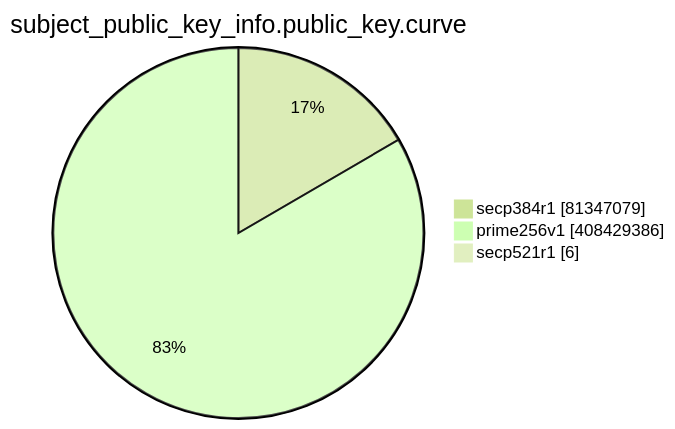
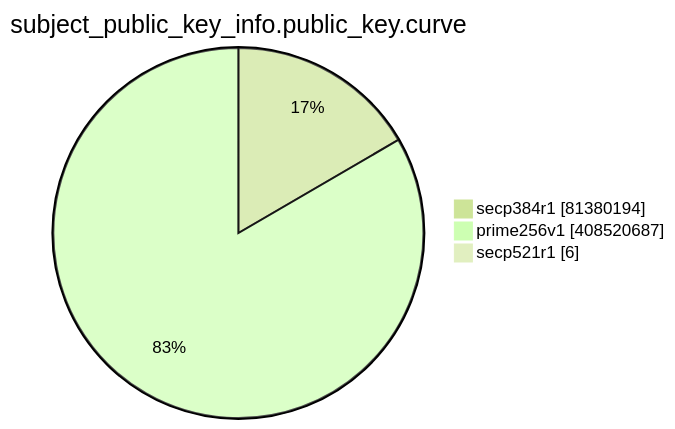
One commit to christiankrug/ctmonitor_visualization changed the eighth of 15 diagrams in TOTAL/README.md. Above: the diagram before and after it, drawn with Mermaid (forest theme). The commit also changed other lines of this file, not shown here.

````diff
--- a/TOTAL/README.md
+++ b/TOTAL/README.md
@@ -3096,7 +3096,7 @@
 ```mermaid
 pie showData
 title subject_public_key_info.public_key.curve
-"secp384r1" :81347079
-"prime256v1" :408429386
+"secp384r1" :81380194
+"prime256v1" :408520687
 "secp521r1" :6
 ```
````
